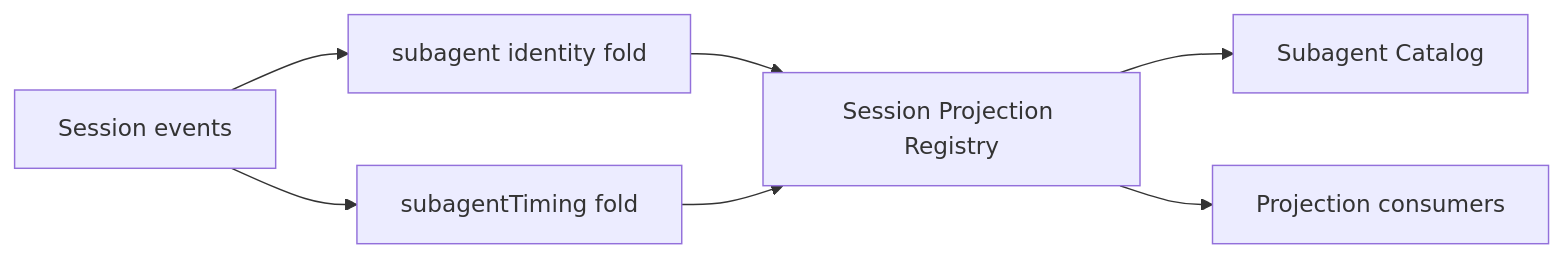
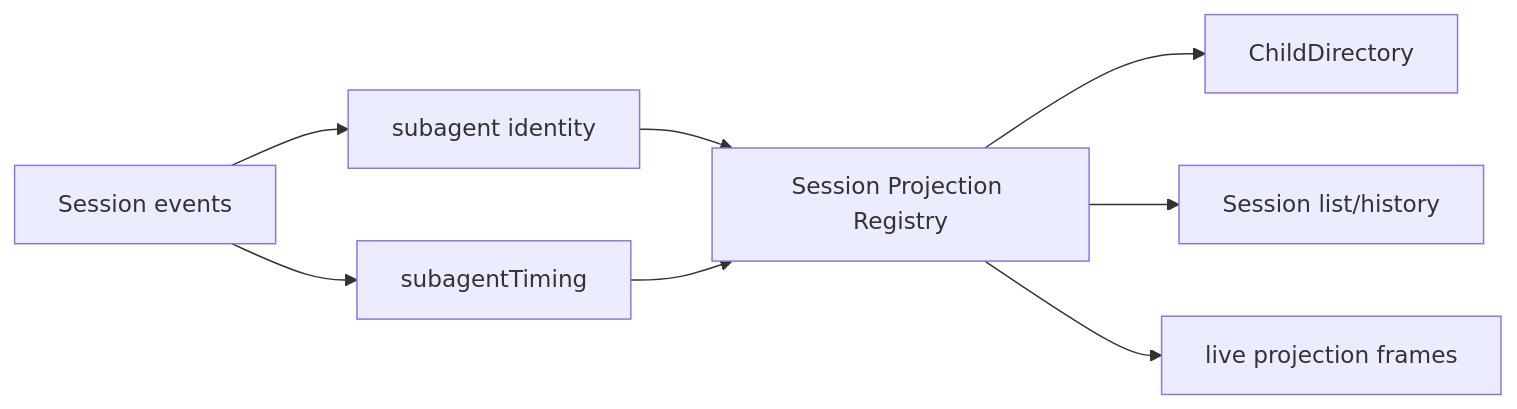
The diagram in subagent/internal/projection/README.zh-CN.md (gorenx/goren), drawn with Mermaid before and after one commit. The commit also changed other lines of this file and 36 other files, not shown here.

````diff
--- a/subagent/internal/projection/README.zh-CN.md
+++ b/subagent/internal/projection/README.zh-CN.md
@@ -10,9 +8,10 @@
 ```mermaid
 flowchart LR
-    Events[Session events] --> Identity[subagent identity fold]
-    Events --> Timing[subagentTiming fold]
+    Events[Session events] --> Identity[subagent identity]
+    Events --> Timing[subagentTiming]
     Identity --> Registry[Session Projection Registry]
     Timing --> Registry
-    Registry --> Catalog[Subagent Catalog]
-    Registry --> Frames[Projection consumers]
+    Registry --> Directory[ChildDirectory]
+    Registry --> API[Session list/history]
+    Registry --> Frames[live projection frames]
 ```
````
